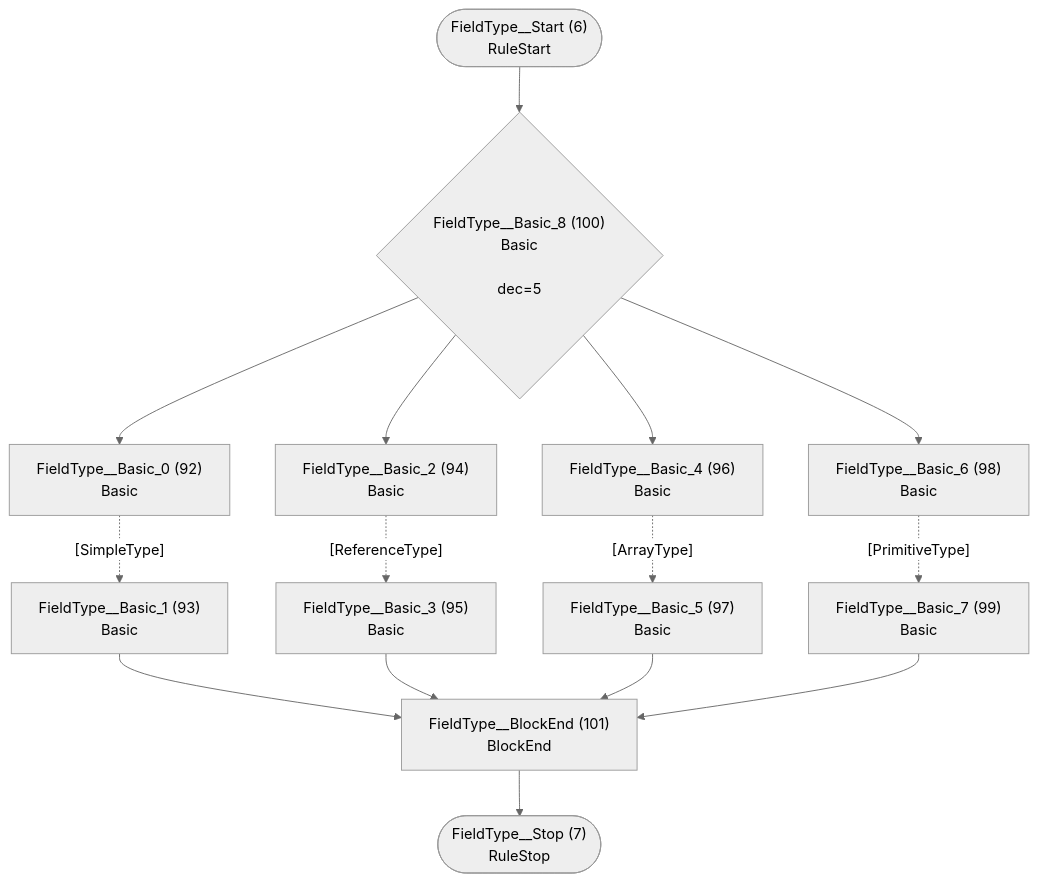
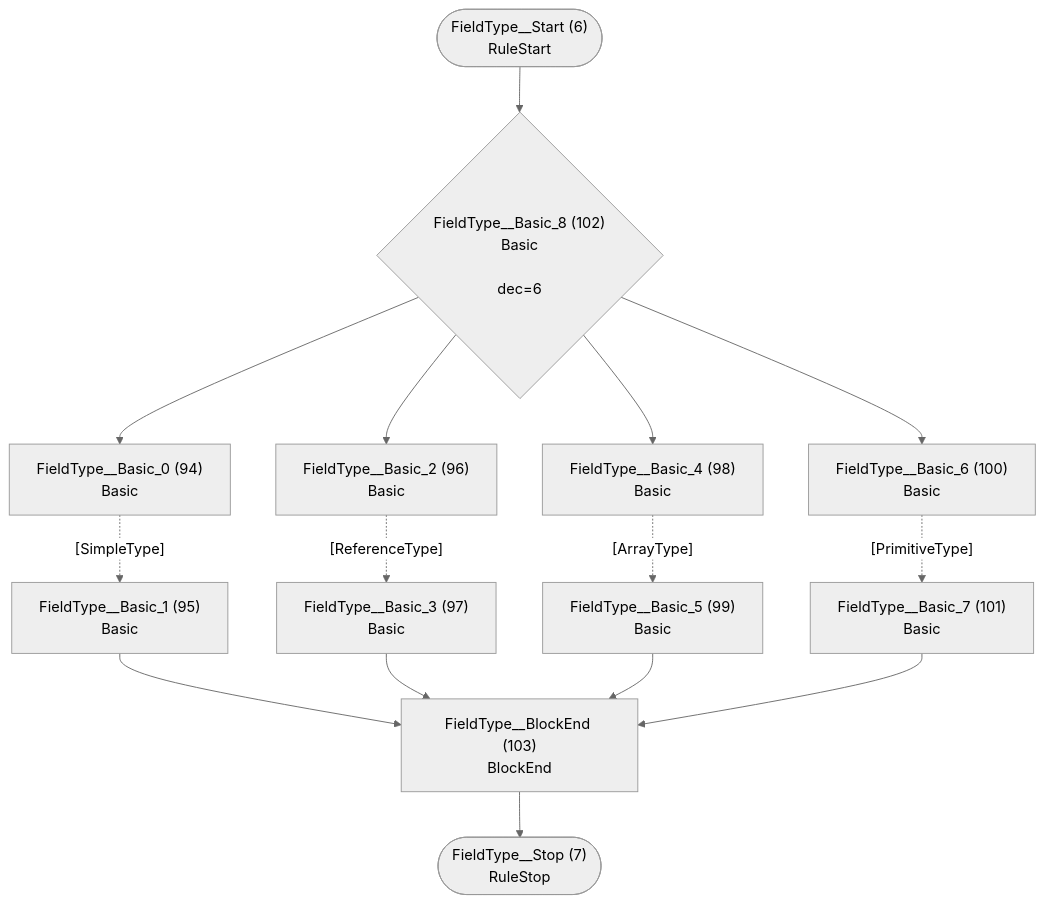
One commit to TypeFox/fastbelt changed the fourth of 26 diagrams in internal/grammar/atn.md. Above: the diagram before and after it, drawn with Mermaid (neutral theme). The commit also changed other lines of this file and 25 other files, not shown here.

````diff
--- a/internal/grammar/atn.md
+++ b/internal/grammar/atn.md
@@ -123,30 +128,30 @@
 ```mermaid
 flowchart TD
     q6(["FieldType__Start (6)<br/>RuleStart"])
     q7(["FieldType__Stop (7)<br/>RuleStop"])
-    q92["FieldType__Basic_0 (92)<br/>Basic<br/>"]
-    q93["FieldType__Basic_1 (93)<br/>Basic<br/>"]
-    q94["FieldType__Basic_2 (94)<br/>Basic<br/>"]
-    q95["FieldType__Basic_3 (95)<br/>Basic<br/>"]
-    q96["FieldType__Basic_4 (96)<br/>Basic<br/>"]
-    q97["FieldType__Basic_5 (97)<br/>Basic<br/>"]
-    q98["FieldType__Basic_6 (98)<br/>Basic<br/>"]
-    q99["FieldType__Basic_7 (99)<br/>Basic<br/>"]
-    q100{"FieldType__Basic_8 (100)<br/>Basic<br/><br/>dec=5"}
-    q101["FieldType__BlockEnd (101)<br/>BlockEnd<br/>"]
+    q94["FieldType__Basic_0 (94)<br/>Basic<br/>"]
+    q95["FieldType__Basic_1 (95)<br/>Basic<br/>"]
+    q96["FieldType__Basic_2 (96)<br/>Basic<br/>"]
+    q97["FieldType__Basic_3 (97)<br/>Basic<br/>"]
+    q98["FieldType__Basic_4 (98)<br/>Basic<br/>"]
+    q99["FieldType__Basic_5 (99)<br/>Basic<br/>"]
+    q100["FieldType__Basic_6 (100)<br/>Basic<br/>"]
+    q101["FieldType__Basic_7 (101)<br/>Basic<br/>"]
+    q102{"FieldType__Basic_8 (102)<br/>Basic<br/><br/>dec=6"}
+    q103["FieldType__BlockEnd (103)<br/>BlockEnd<br/>"]
 
-    q6 --> q100
-    q92 -.->|"[SimpleType]"| q93
-    q93 --> q101
-    q94 -.->|"[ReferenceType]"| q95
-    q95 --> q101
-    q96 -.->|"[ArrayType]"| q97
-    q97 --> q101
-    q98 -.->|"[PrimitiveType]"| q99
-    q99 --> q101
-    q100 --> q92
-    q100 --> q94
-    q100 --> q96
-    q100 --> q98
-    q101 --> q7
+    q6 --> q102
+    q94 -.->|"[SimpleType]"| q95
+    q95 --> q103
+    q96 -.->|"[ReferenceType]"| q97
+    q97 --> q103
+    q98 -.->|"[ArrayType]"| q99
+    q99 --> q103
+    q100 -.->|"[PrimitiveType]"| q101
+    q101 --> q103
+    q102 --> q94
+    q102 --> q96
+    q102 --> q98
+    q102 --> q100
+    q103 --> q7
 ```
````
